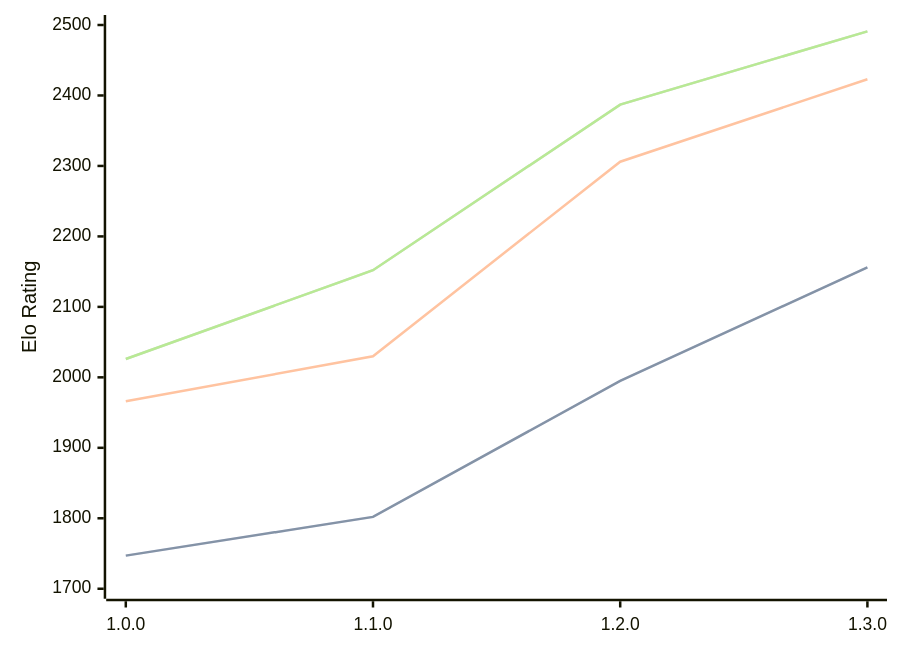
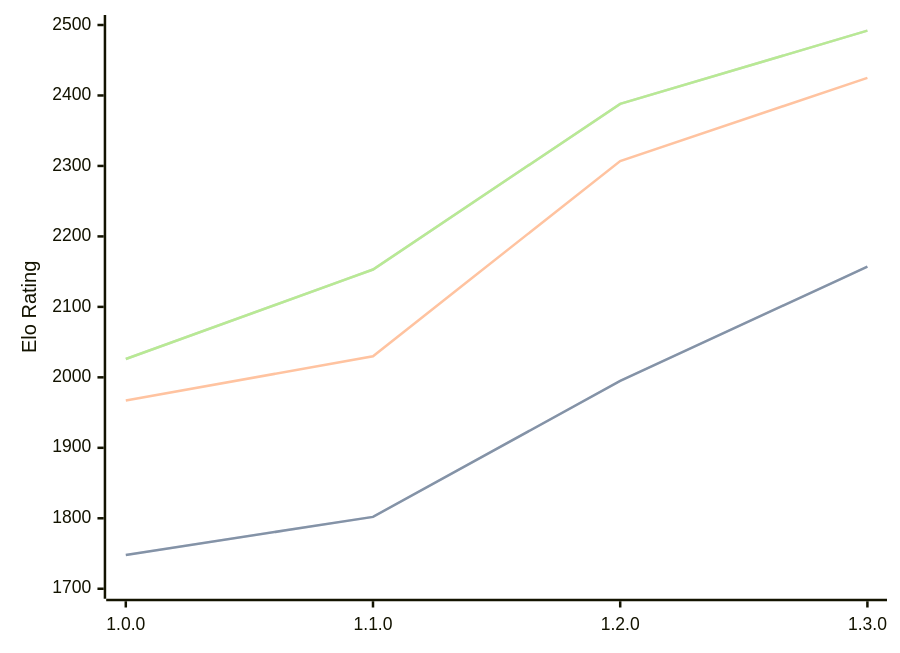
Before and after one commit to computer-chess-index/cci: the diagram in engines/Anodos.md, drawn with Mermaid. The commit also changed other lines of this file, not shown here.

Commit message:
Update CCI Ratings (ELO VLTC) - 2026-09-01

````diff
--- a/engines/Anodos.md
+++ b/engines/Anodos.md
@@ -34,11 +34,11 @@
 ```mermaid
 %%{init: {"theme":"base","themeVariables":{"seriesColors:['#a3a3a3','#222221','#faa371']}}}%%
 xychart-beta
   x-axis ["1.0.0", "1.1.0", "1.2.0", "1.3.0"]
   y-axis "Elo Rating" 1700 --> 2500
-  line "" [1747, 1802, 1995, 2156]
-  line "STC (8.0+0.08s)" [1747, 1802, 1995, 2156]
-  line "LTC (60.0+0.60s)" [1966, 2030, 2306, 2423]
-  line "" [2026, 2152, 2387, 2491]
-  line "VLTC (2m24s+1.12s)" [2026, 2152, 2387, 2491]
+  line "" [1748, 1802, 1995, 2157]
+  line "STC (8.0+0.08s)" [1748, 1802, 1995, 2157]
+  line "LTC (60.0+0.60s)" [1967, 2030, 2307, 2425]
+  line "" [2026, 2153, 2388, 2492]
+  line "VLTC (2m24s+1.12s)" [2026, 2153, 2388, 2492]
 ```
````
